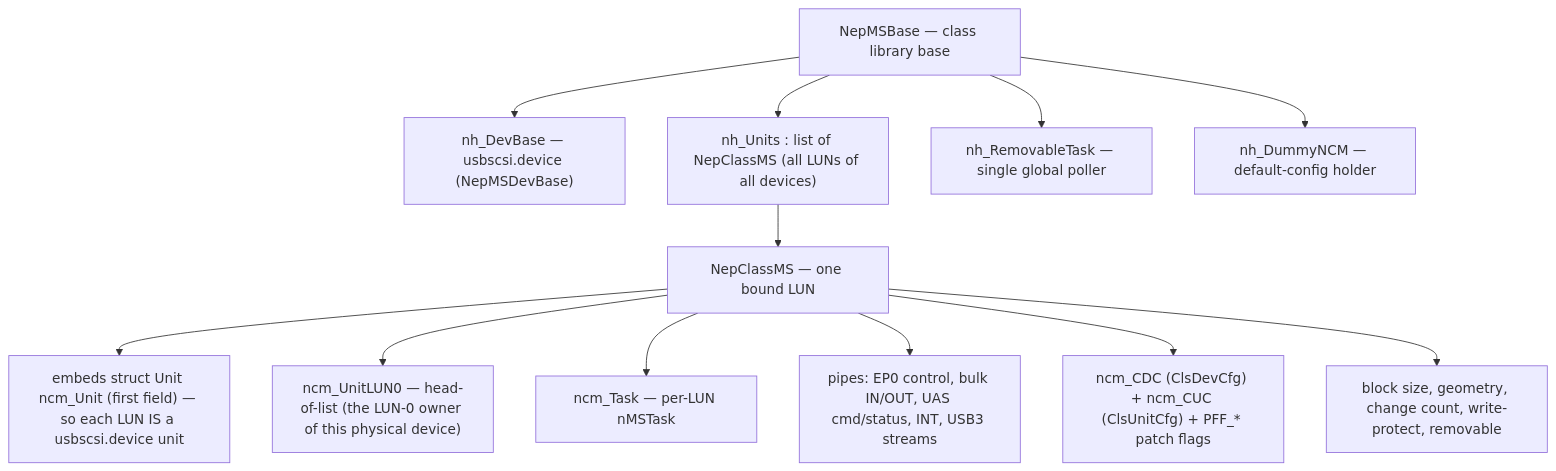
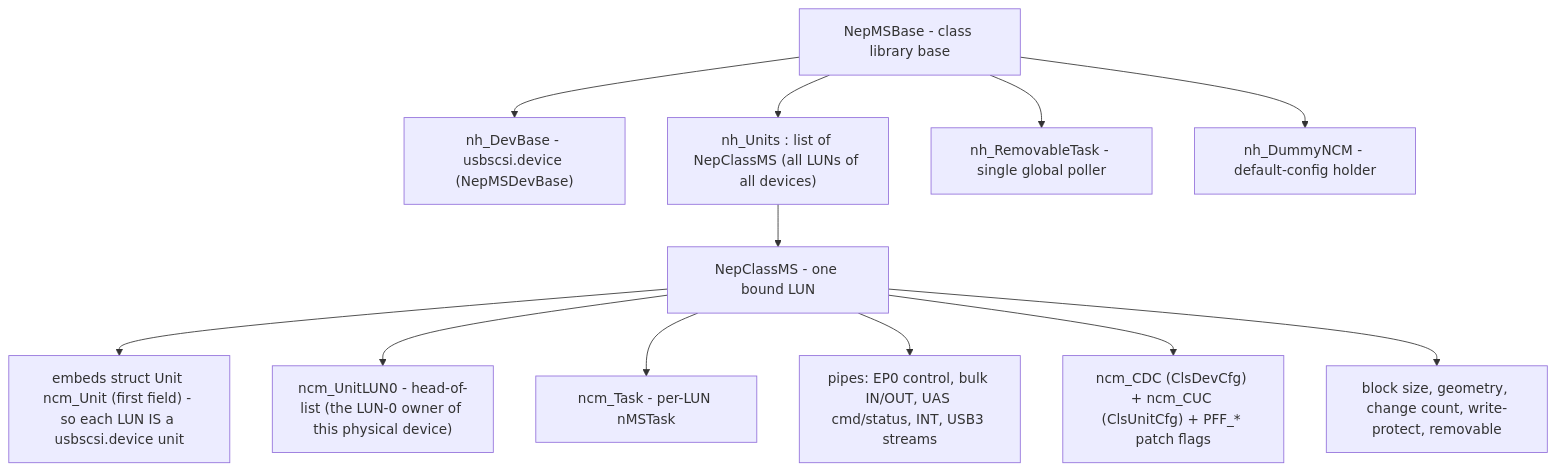
Before and after one commit to rondoval/poseidon-backport: the second of 12 diagrams in docs/massstorage.class-architecture.md, drawn with Mermaid. The commit also changed other lines of this file and 108 other files, not shown here.

````diff
--- a/docs/massstorage.class-architecture.md
+++ b/docs/massstorage.class-architecture.md
@@ -125,16 +125,16 @@
 ```mermaid
 flowchart TD
-    BASE["NepMSBase — class library base"]
-    BASE --> DEVB["nh_DevBase — usbscsi.device (NepMSDevBase)"]
+    BASE["NepMSBase - class library base"]
+    BASE --> DEVB["nh_DevBase - usbscsi.device (NepMSDevBase)"]
     BASE --> UNITS["nh_Units : list of NepClassMS (all LUNs of all devices)"]
-    BASE --> RT["nh_RemovableTask — single global poller"]
-    BASE --> DUMMY["nh_DummyNCM — default-config holder"]
+    BASE --> RT["nh_RemovableTask - single global poller"]
+    BASE --> DUMMY["nh_DummyNCM - default-config holder"]
 
-    UNITS --> NCM["NepClassMS — one bound LUN"]
-    NCM --> UNIT["embeds struct Unit ncm_Unit (first field) — so each LUN IS a usbscsi.device unit"]
-    NCM --> LUN0["ncm_UnitLUN0 — head-of-list (the LUN-0 owner of this physical device)"]
-    NCM --> TASK["ncm_Task — per-LUN nMSTask"]
+    UNITS --> NCM["NepClassMS - one bound LUN"]
+    NCM --> UNIT["embeds struct Unit ncm_Unit (first field) - so each LUN IS a usbscsi.device unit"]
+    NCM --> LUN0["ncm_UnitLUN0 - head-of-list (the LUN-0 owner of this physical device)"]
+    NCM --> TASK["ncm_Task - per-LUN nMSTask"]
     NCM --> EPS["pipes: EP0 control, bulk IN/OUT, UAS cmd/status, INT, USB3 streams"]
     NCM --> CFG["ncm_CDC (ClsDevCfg) + ncm_CUC (ClsUnitCfg) + PFF_* patch flags"]
     NCM --> STATE["block size, geometry, change count, write-protect, removable"]
 ```
````
